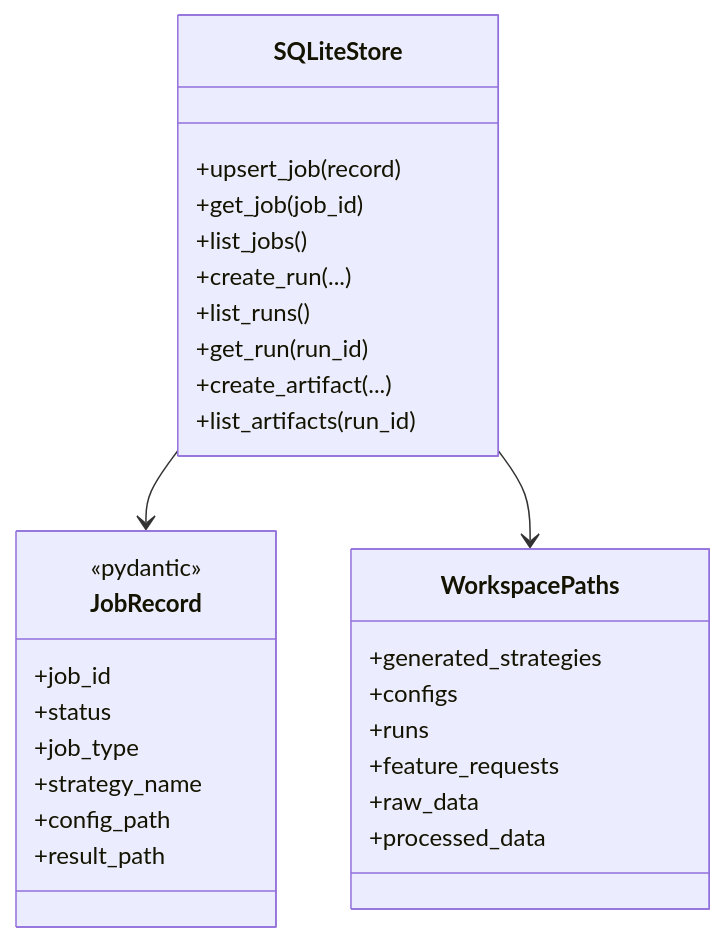
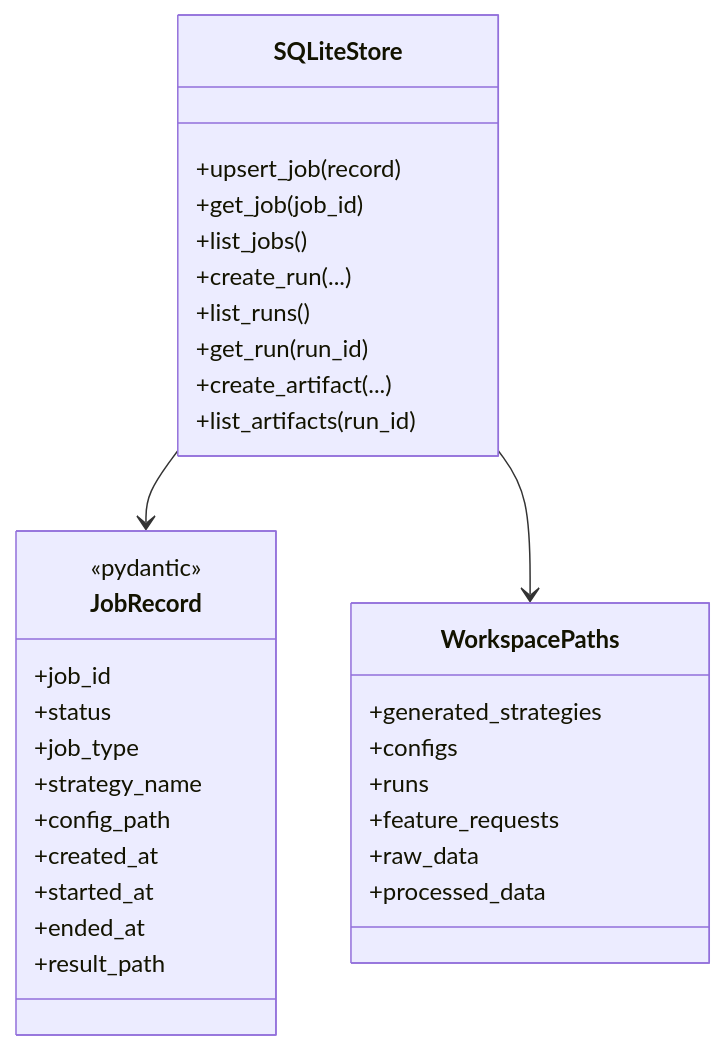
One commit to Kuan-Lun/tradingdev changed the third of 3 diagrams in ARCHITECTURE.md. Above: the diagram before and after it, drawn with Mermaid. The commit also changed other lines of this file and 22 other files, not shown here.

````diff
--- a/ARCHITECTURE.md
+++ b/ARCHITECTURE.md
@@ -94,35 +94,38 @@
 ```mermaid
 classDiagram
     class SQLiteStore {
         +upsert_job(record)
         +get_job(job_id)
         +list_jobs()
         +create_run(...)
         +list_runs()
         +get_run(run_id)
         +create_artifact(...)
         +list_artifacts(run_id)
     }
 
     class WorkspacePaths {
         +generated_strategies
         +configs
         +runs
         +feature_requests
         +raw_data
         +processed_data
     }
 
     class JobRecord {
         <<pydantic>>
         +job_id
         +status
         +job_type
         +strategy_name
         +config_path
+        +created_at
+        +started_at
+        +ended_at
         +result_path
     }
 
     SQLiteStore --> JobRecord
     SQLiteStore --> WorkspacePaths
 ```
````
